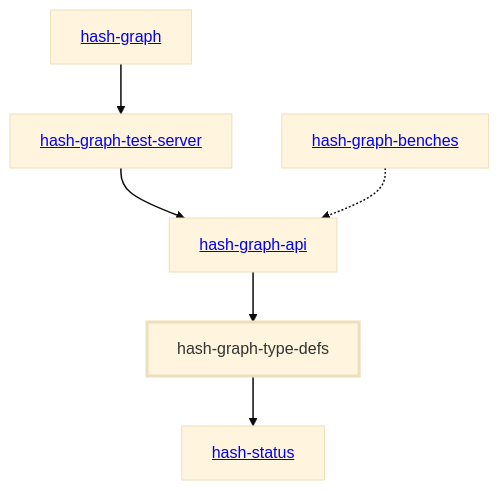
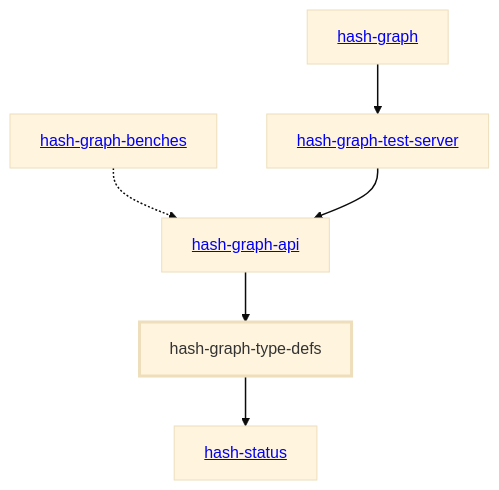
One commit to hashintel/hash changed the diagram in libs/@local/graph/type-defs/docs/dependency-diagram.mmd. Above: the diagram before and after it, drawn with Mermaid (base theme). The commit also changed other lines of this file and 111 other files, not shown here.

Commit message:
Avoid dependency on `hash-graph-types` and initial type branding

```diff
--- a/libs/@local/graph/type-defs/docs/dependency-diagram.mmd
+++ b/libs/@local/graph/type-defs/docs/dependency-diagram.mmd
@@ -1,22 +1,22 @@
 graph TD
     linkStyle default stroke-width:1.5px
     classDef default stroke-width:1px
     classDef root stroke-width:3px
     classDef dev stroke-width:1px
     classDef build stroke-width:1px
     %% Legend
     %% --> : Normal dependency
     %% -.-> : Dev dependency
     %% ---> : Build dependency
     0[<a href="../hash_graph/index.html">hash-graph</a>]
     1[<a href="../hash_graph_api/index.html">hash-graph-api</a>]
     2[hash-graph-type-defs]
     class 2 root
     3[<a href="../hash_graph_benches/index.html">hash-graph-benches</a>]
     4[<a href="../hash_status/index.html">hash-status</a>]
     5[<a href="../hash_graph_test_server/index.html">hash-graph-test-server</a>]
-    1 --> 2
+    2 --> 4
+    3 -.-> 1
     0 --> 5
     5 --> 1
-    3 -.-> 1
-    2 --> 4
+    1 --> 2
```
